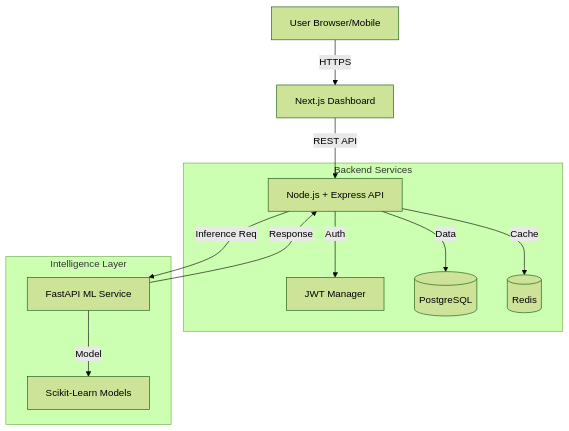
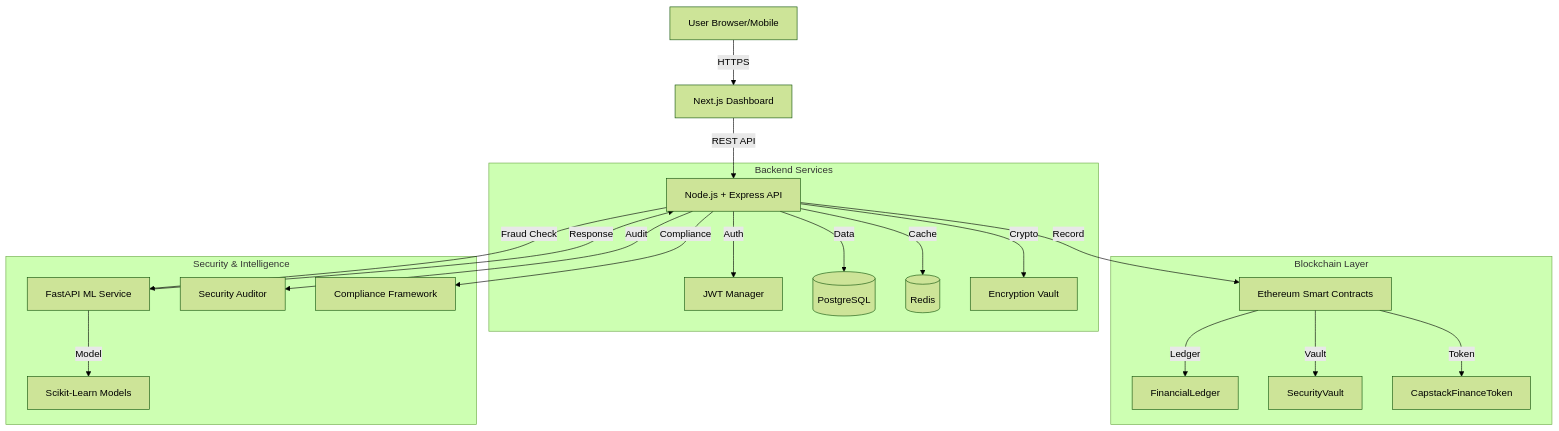
One commit to Abdul9010150809/CAPSTACK changed the diagram in README.md. Above: the diagram before and after it, drawn with Mermaid (forest theme). The commit also changed other lines of this file and 141 other files, not shown here.

````diff
--- a/README.md
+++ b/README.md
@@ -119,17 +142,27 @@
 ```mermaid
 graph TD
     User[User Browser/Mobile] -->|HTTPS| Frontend[Next.js Dashboard]
     Frontend -->|REST API| Backend[Node.js + Express API]
     
     subgraph "Backend Services"
     Backend -->|Auth| JWT[JWT Manager]
     Backend -->|Data| DB[(PostgreSQL)]
     Backend -->|Cache| Redis[(Redis)]
+    Backend -->|Crypto| Vault[Encryption Vault]
     end
     
-    subgraph "Intelligence Layer"
-    Backend -->|Inference Req| ML[FastAPI ML Service]
+    subgraph "Blockchain Layer"
+    Backend -->|Record| BC[Ethereum Smart Contracts]
+    BC -->|Ledger| FL[FinancialLedger]
+    BC -->|Vault| SV[SecurityVault]
+    BC -->|Token| CFT[CapstackFinanceToken]
+    end
+    
+    subgraph "Security & Intelligence"
+    Backend -->|Fraud Check| ML[FastAPI ML Service]
     ML -->|Model| Scikit[Scikit-Learn Models]
     ML -->|Response| Backend
+    Backend -->|Audit| SA[Security Auditor]
+    Backend -->|Compliance| CF[Compliance Framework]
     end
   ```
````
